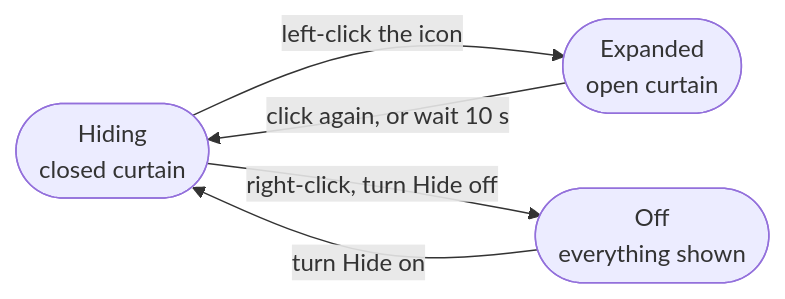
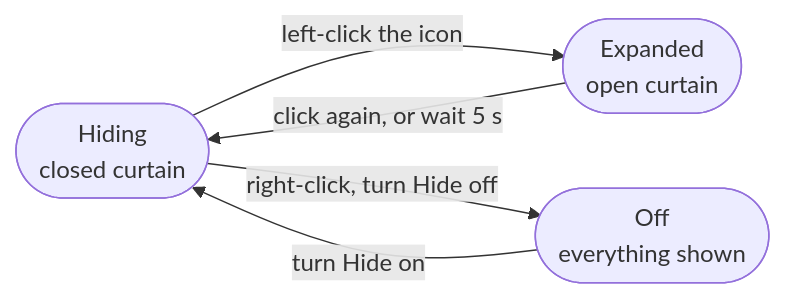
Before and after one commit to dohyoh/menubar-manager: the diagram in README.md, drawn with Mermaid. The commit also changed other lines of this file and 15 other files, not shown here.

````diff
--- a/README.md
+++ b/README.md
@@ -66,10 +66,10 @@
 ```mermaid
 flowchart LR
     H(["Hiding<br/>closed curtain"])
     E(["Expanded<br/>open curtain"])
     O(["Off<br/>everything shown"])
     H -- "left-click the icon" --> E
-    E -- "click again, or wait 10 s" --> H
+    E -- "click again, or wait 5 s" --> H
     H -- "right-click, turn Hide off" --> O
     O -- "turn Hide on" --> H
 ```
````
